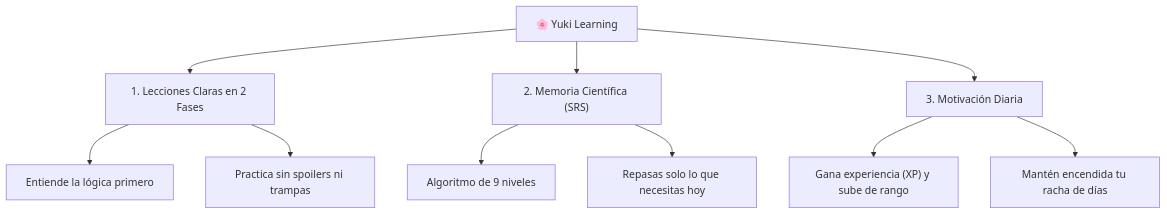
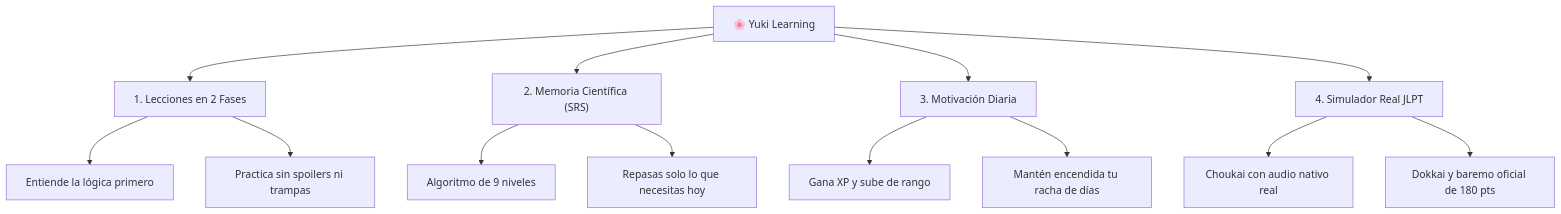
Before and after one commit to Drhapso/Yuki-Learning: the diagram in README.md, drawn with Mermaid. The commit also changed other lines of this file and 4 other files, not shown here.

````diff
--- a/README.md
+++ b/README.md
@@ -19,15 +22,19 @@
 ```mermaid
 flowchart TD
-    A["🌸 Yuki Learning"] --> B["1. Lecciones Claras en 2 Fases"]
+    A["🌸 Yuki Learning"] --> B["1. Lecciones en 2 Fases"]
     A --> C["2. Memoria Científica (SRS)"]
     A --> D["3. Motivación Diaria"]
+    A --> E["4. Simulador Real JLPT"]
 
     B --> B1["Entiende la lógica primero"]
     B --> B2["Practica sin spoilers ni trampas"]
 
     C --> C1["Algoritmo de 9 niveles"]
     C --> C2["Repasas solo lo que necesitas hoy"]
 
-    D --> D1["Gana experiencia (XP) y sube de rango"]
+    D --> D1["Gana XP y sube de rango"]
     D --> D2["Mantén encendida tu racha de días"]
+
+    E --> E1["Choukai con audio nativo real"]
+    E --> E2["Dokkai y baremo oficial de 180 pts"]
 ```
````
